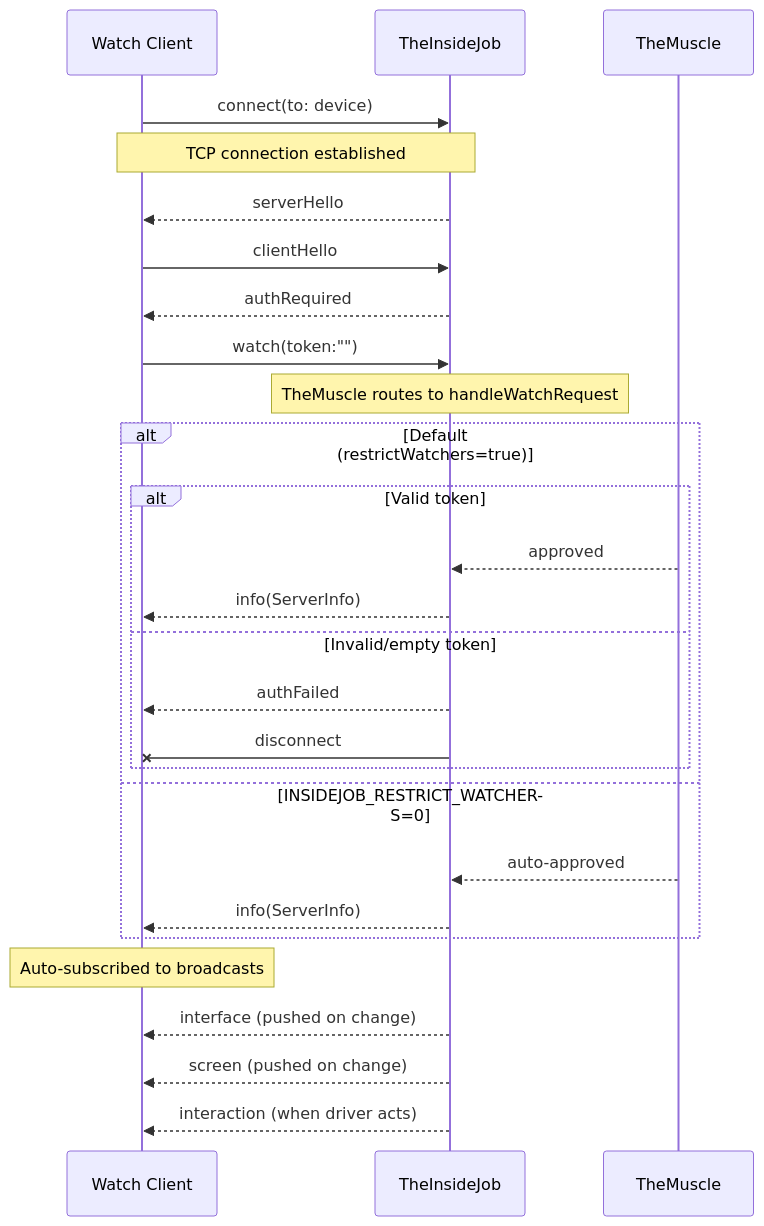
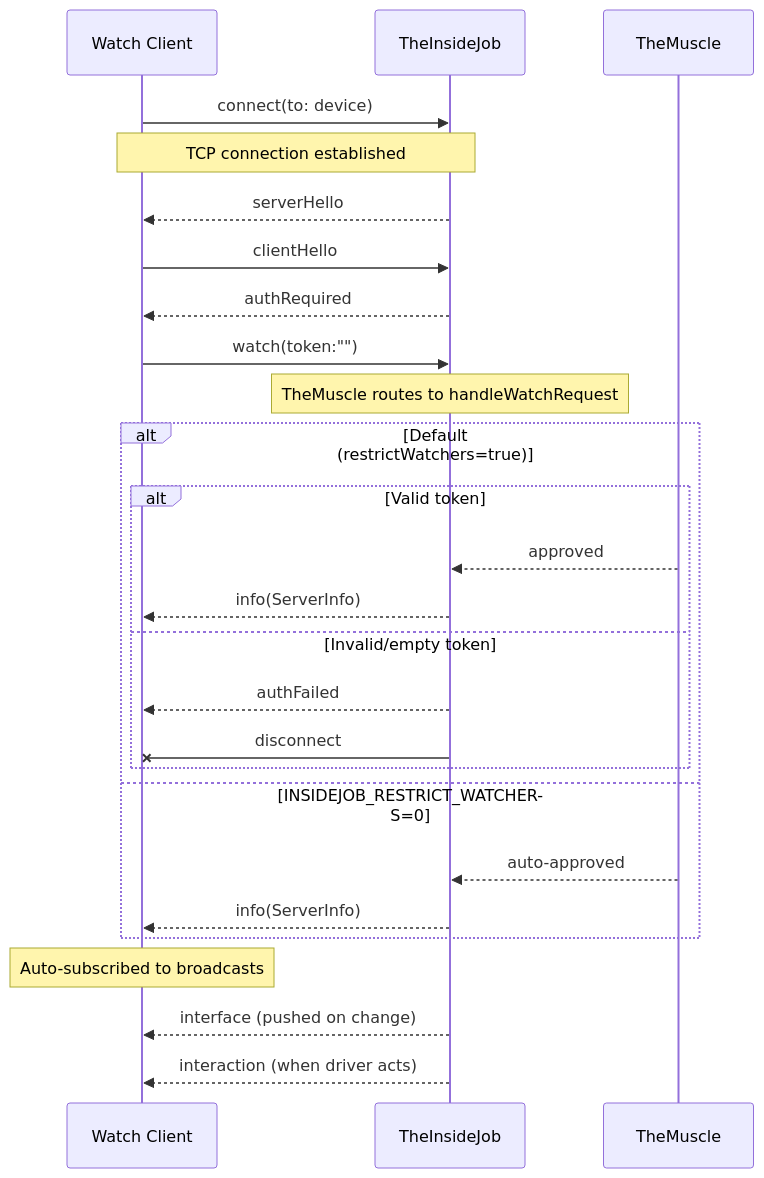
The seventh of 10 diagrams in docs/ARCHITECTURE.md (RoyalPineapple/TheButtonHeist), drawn with Mermaid before and after one commit. The commit also changed other lines of this file and 18 other files, not shown here.

````diff
--- a/docs/ARCHITECTURE.md
+++ b/docs/ARCHITECTURE.md
@@ -530,33 +529,32 @@
 ```mermaid
 sequenceDiagram
     participant WC as Watch Client
     participant IJ as TheInsideJob
     participant TM as TheMuscle
 
     WC->>IJ: connect(to: device)
     Note over WC,IJ: TCP connection established
     IJ-->>WC: serverHello
     WC->>IJ: clientHello
     IJ-->>WC: authRequired
 
     WC->>IJ: watch(token:"")
     Note over IJ: TheMuscle routes to handleWatchRequest
 
     alt Default (restrictWatchers=true)
         alt Valid token
             TM-->>IJ: approved
             IJ-->>WC: info(ServerInfo)
         else Invalid/empty token
             IJ-->>WC: authFailed
             IJ-xWC: disconnect
         end
     else INSIDEJOB_RESTRICT_WATCHERS=0
         TM-->>IJ: auto-approved
         IJ-->>WC: info(ServerInfo)
     end
 
     Note over WC: Auto-subscribed to broadcasts
     IJ-->>WC: interface (pushed on change)
-    IJ-->>WC: screen (pushed on change)
     IJ-->>WC: interaction (when driver acts)
 ```
````
